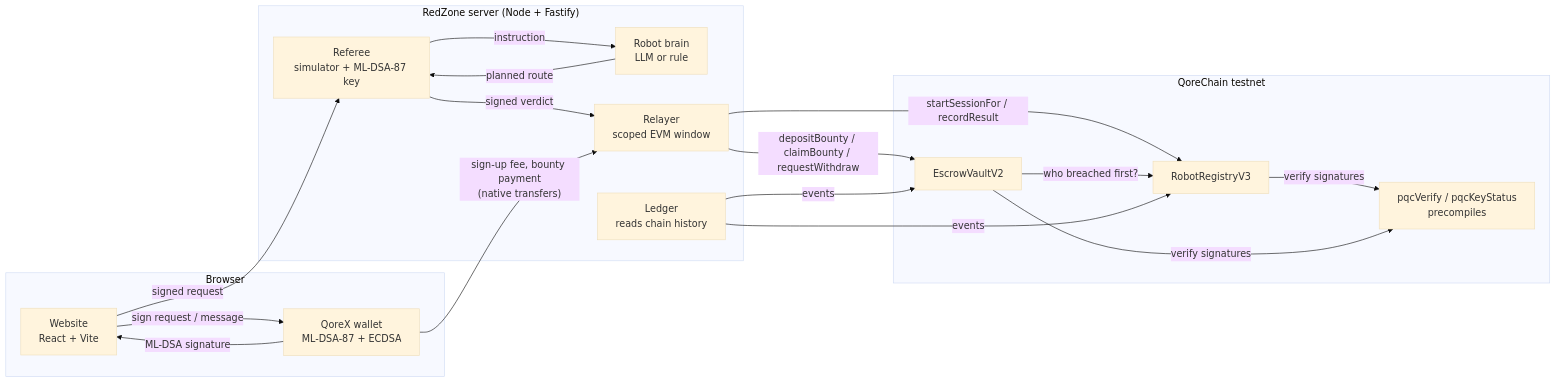
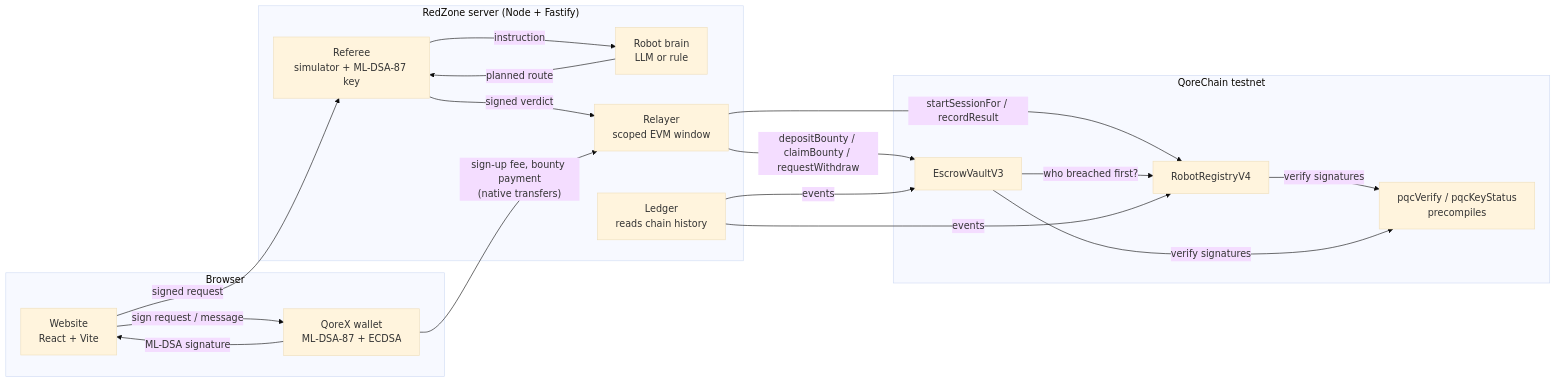
Before and after one commit to ponram06/redzone: the diagram in README.md, drawn with Mermaid (base theme). The commit also changed other lines of this file and 24 other files, not shown here.

````diff
--- a/README.md
+++ b/README.md
@@ -34,32 +35,32 @@
 ```mermaid
 flowchart LR
     subgraph Browser
         W[Website<br/>React + Vite]
         Q[QoreX wallet<br/>ML-DSA-87 + ECDSA]
     end
     subgraph Server["RedZone server (Node + Fastify)"]
         B[Robot brain<br/>LLM or rule]
         R[Referee<br/>simulator + ML-DSA-87 key]
         L[Relayer<br/>scoped EVM window]
         G[Ledger<br/>reads chain history]
     end
     subgraph QoreChain["QoreChain testnet"]
-        REG[RobotRegistryV3]
-        V[EscrowVaultV2]
+        REG[RobotRegistryV4]
+        V[EscrowVaultV3]
         P[pqcVerify / pqcKeyStatus<br/>precompiles]
     end
     W -- "sign request / message" --> Q
     Q -- "ML-DSA signature" --> W
     W -- "signed request" --> R
     R -- "instruction" --> B
     B -- "planned route" --> R
     R -- "signed verdict" --> L
     L -- "startSessionFor / recordResult" --> REG
     L -- "depositBounty / claimBounty / requestWithdraw" --> V
     V -- "who breached first?" --> REG
     REG -- "verify signatures" --> P
     V -- "verify signatures" --> P
     Q -- "sign-up fee, bounty payment<br/>(native transfers)" --> L
     G -- "events" --> REG
     G -- "events" --> V
 ```
````
